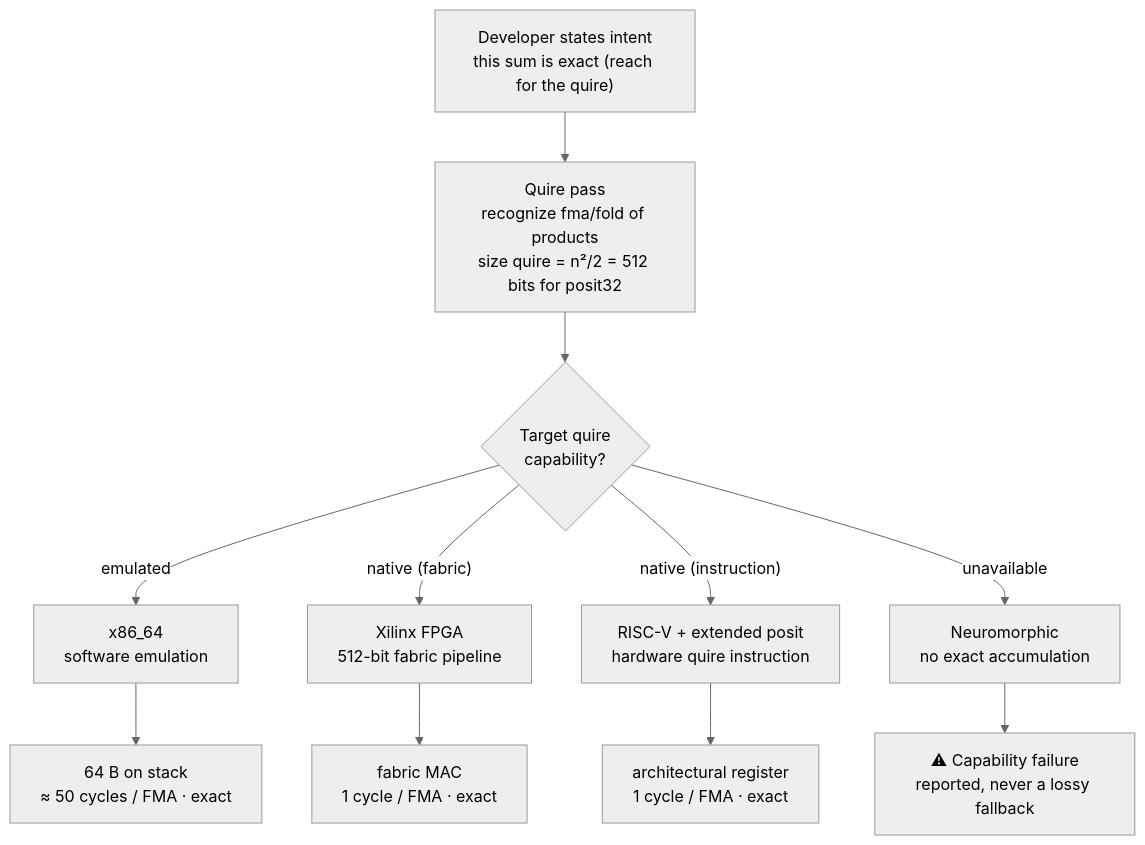
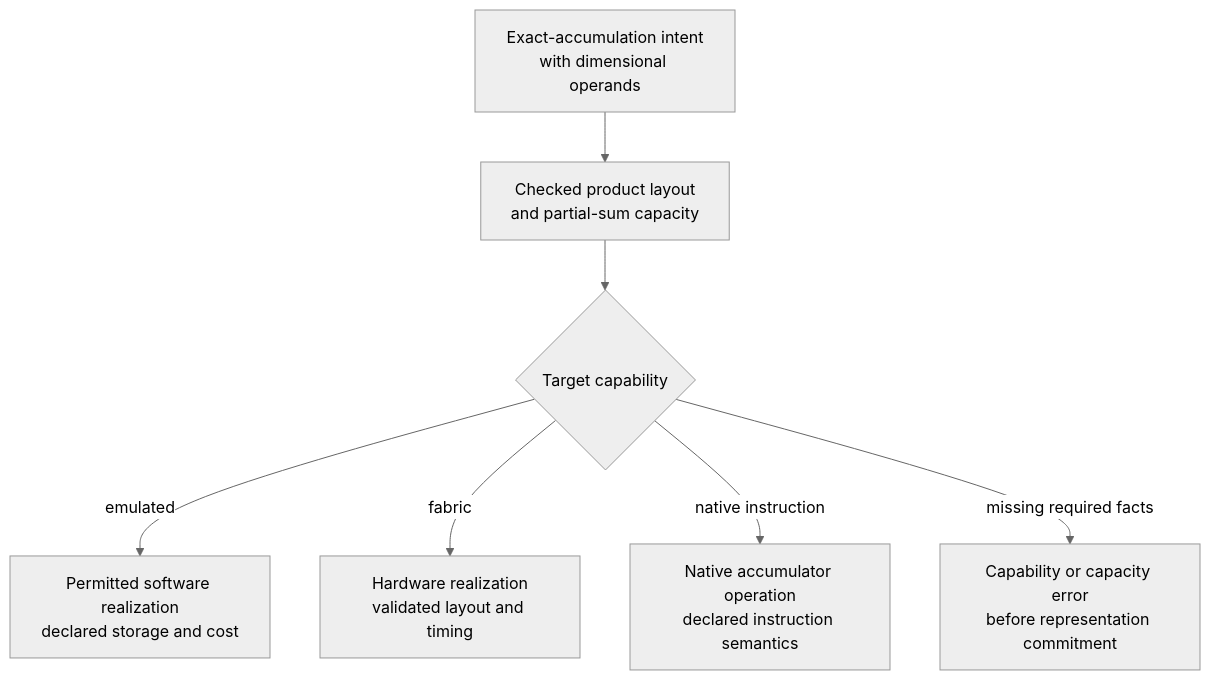
Before and after one commit to FidelityFramework/clef-lang-site: the third of 4 diagrams in hugo/content/blog/deferred-inference.md, drawn with Mermaid (neutral theme). The commit also changed other lines of this file and 36 other files, not shown here.

````diff
--- a/hugo/content/blog/deferred-inference.md
+++ b/hugo/content/blog/deferred-inference.md
@@ -304,22 +278,15 @@
 ```mermaid
 flowchart TD
-    Intent["Developer states intent<br>this sum is exact (reach for the quire)"]
-    Pass["Quire pass<br>recognize fma/fold of products<br>size quire = n²/2 = 512 bits for posit32"]
-    Cap{"Target quire<br>capability?"}
-
-    x86["x86_64<br>software emulation"]
-    xil["Xilinx FPGA<br>512-bit fabric pipeline"]
-    rv["RISC-V + extended posit<br>hardware quire instruction"]
-    neuro["Neuromorphic<br>no exact accumulation"]
-
-    x86r["64 B on stack<br>≈ 50 cycles / FMA · exact"]
-    xilr["fabric MAC<br>1 cycle / FMA · exact"]
-    rvr["architectural register<br>1 cycle / FMA · exact"]
-    neuror["⚠ Capability failure<br>reported, never a lossy fallback"]
-
-    Intent --> Pass --> Cap
-    Cap -->|"emulated"| x86 --> x86r
-    Cap -->|"native (fabric)"| xil --> xilr
-    Cap -->|"native (instruction)"| rv --> rvr
-    Cap -->|"unavailable"| neuro --> neuror
+    Intent["Exact-accumulation intent<br>with dimensional operands"]
+    Facts["Checked product layout<br>and partial-sum capacity"]
+    Cap{"Target capability"}
+    CPU["Permitted software realization<br>declared storage and cost"]
+    FPGA["Hardware realization<br>validated layout and timing"]
+    ISA["Native accumulator operation<br>declared instruction semantics"]
+    Error["Capability or capacity error<br>before representation commitment"]
+    Intent --> Facts --> Cap
+    Cap -->|"emulated"| CPU
+    Cap -->|"fabric"| FPGA
+    Cap -->|"native instruction"| ISA
+    Cap -->|"missing required facts"| Error
 ```
````
